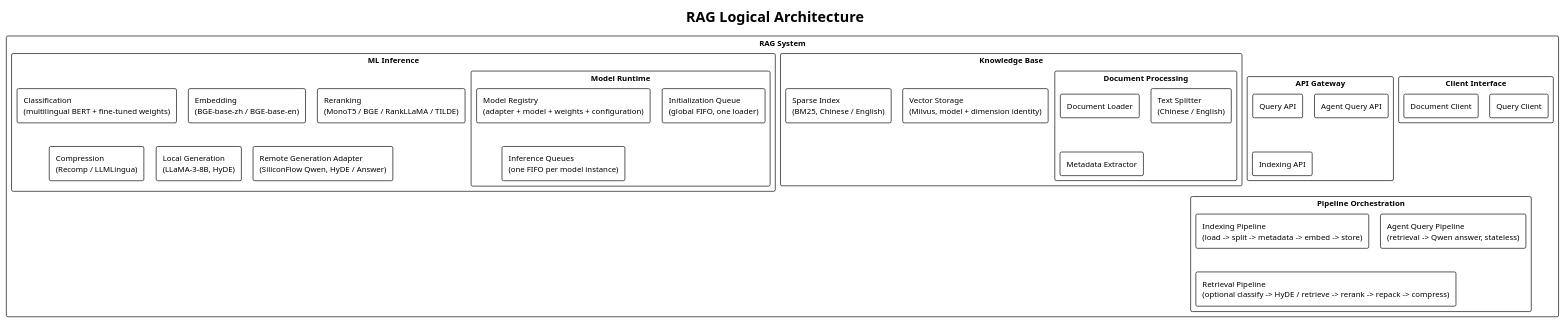
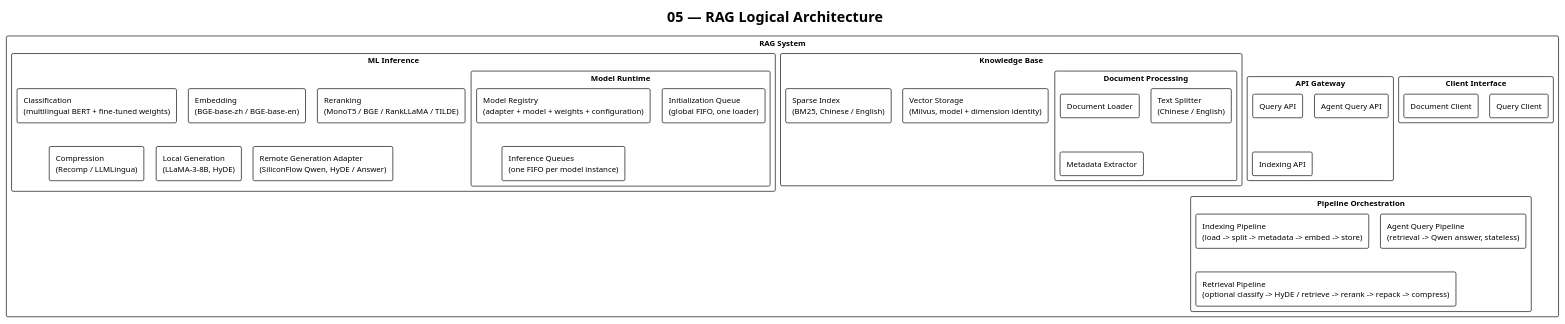
One commit to 24-Fahed/RAG changed the diagram in docs/architecture/05_logical_architecture.puml. Above: the diagram before and after it, drawn with PlantUML. The commit also changed 46 other files, not shown here.

Commit message:
docs: restore workflow image and number architecture diagrams

```diff
--- a/docs/architecture/05_logical_architecture.puml
+++ b/docs/architecture/05_logical_architecture.puml
@@ -1,55 +1,55 @@
-@startuml RAG_Logical_Architecture
+@startuml 05_logical_architecture
 !theme plain
 !pragma layout smetana
 skinparam packageStyle rectangle
 skinparam shadowing false
 skinparam defaultFontSize 12
 
-title RAG Logical Architecture
+title 05 — RAG Logical Architecture
 
 package "RAG System" {
 
     package "Client Interface" {
         rectangle "Query Client"
         rectangle "Document Client"
     }
 
     package "API Gateway" {
         rectangle "Query API"
         rectangle "Agent Query API"
         rectangle "Indexing API"
     }
 
     package "Knowledge Base" {
         package "Document Processing" {
             rectangle "Document Loader"
             rectangle "Text Splitter\n(Chinese / English)"
             rectangle "Metadata Extractor"
         }
         rectangle "Vector Storage\n(Milvus, model + dimension identity)"
         rectangle "Sparse Index\n(BM25, Chinese / English)"
     }
 
     package "ML Inference" {
         package "Model Runtime" {
             rectangle "Model Registry\n(adapter + model + weights + configuration)"
             rectangle "Initialization Queue\n(global FIFO, one loader)"
             rectangle "Inference Queues\n(one FIFO per model instance)"
         }
 
         rectangle "Classification\n(multilingual BERT + fine-tuned weights)"
         rectangle "Embedding\n(BGE-base-zh / BGE-base-en)"
         rectangle "Reranking\n(MonoT5 / BGE / RankLLaMA / TILDE)"
         rectangle "Compression\n(Recomp / LLMLingua)"
         rectangle "Local Generation\n(LLaMA-3-8B, HyDE)"
         rectangle "Remote Generation Adapter\n(SiliconFlow Qwen, HyDE / Answer)"
     }
 
     package "Pipeline Orchestration" {
         rectangle "Indexing Pipeline\n(load -> split -> metadata -> embed -> store)"
         rectangle "Agent Query Pipeline\n(retrieval -> Qwen answer, stateless)"
         rectangle "Retrieval Pipeline\n(optional classify -> HyDE / retrieve -> rerank -> repack -> compress)"
     }
 }
 
 @enduml
```
